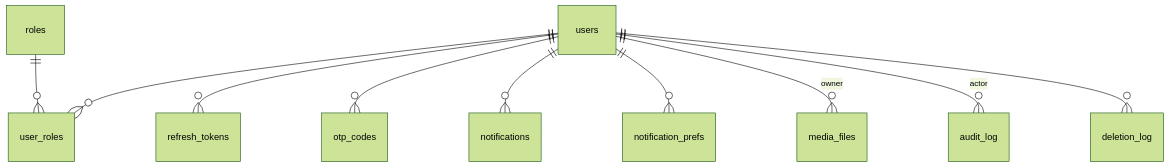
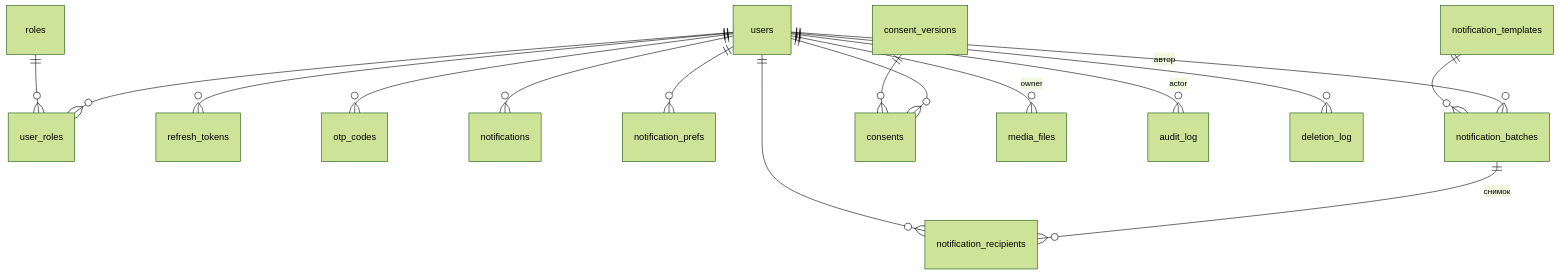
Before and after one commit to Qabasya/FS-LMS_v2_doc: the first of 4 diagrams in 02-tech.md, drawn with Mermaid (forest theme). The commit also changed other lines of this file and 8 other files, not shown here.

````diff
--- a/02-tech.md
+++ b/02-tech.md
@@ -312,12 +315,18 @@
 ```mermaid
 erDiagram
     users ||--o{ user_roles : ""
     roles ||--o{ user_roles : ""
     users ||--o{ refresh_tokens : ""
     users ||--o{ otp_codes : ""
     users ||--o{ notifications : ""
     users ||--o{ notification_prefs : ""
+    users ||--o{ notification_batches : "автор"
+    notification_templates ||--o{ notification_batches : ""
+    notification_batches ||--o{ notification_recipients : "снимок"
+    users ||--o{ notification_recipients : ""
+    users ||--o{ consents : ""
+    consent_versions ||--o{ consents : ""
     users ||--o{ media_files : "owner"
     users ||--o{ audit_log : "actor"
     users ||--o{ deletion_log : ""
 ```
````
